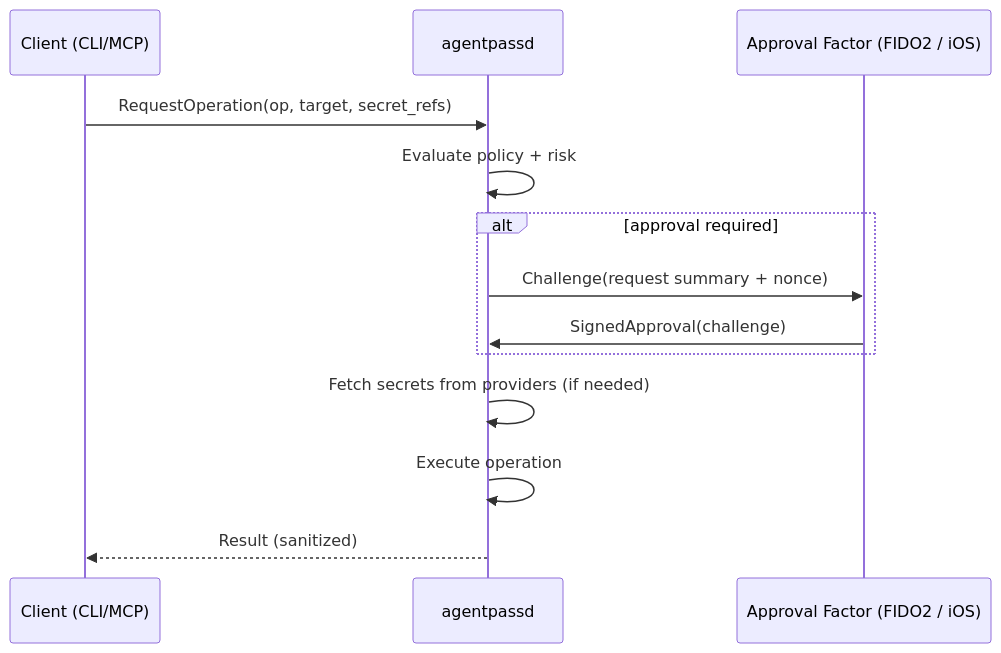
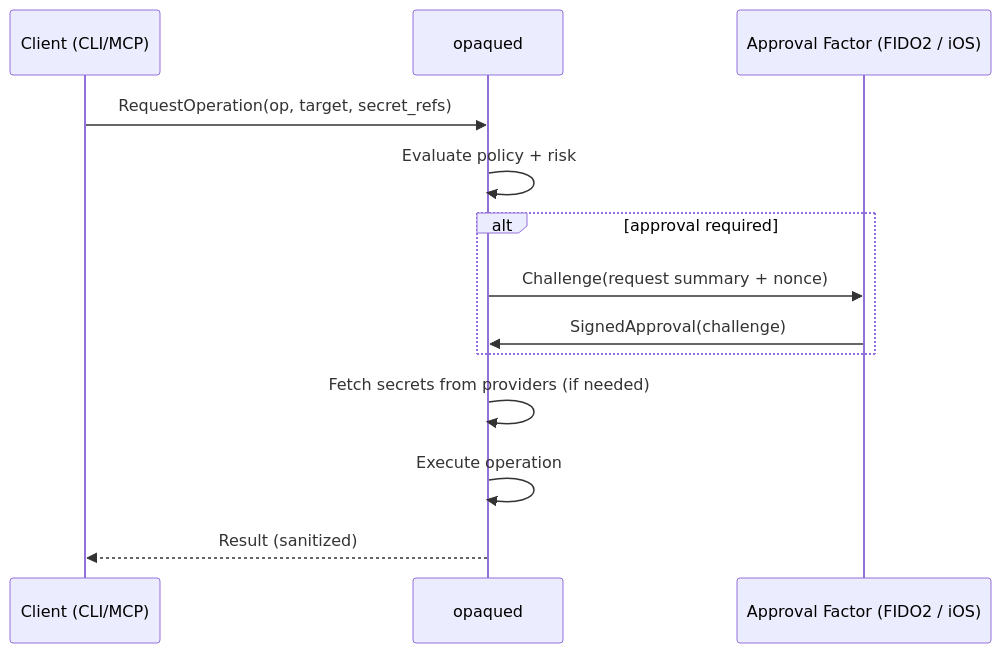
One commit to kcirtapfromspace/opaque changed the second of 2 diagrams in docs/architecture.md. Above: the diagram before and after it, drawn with Mermaid. The commit also changed other lines of this file and 28 other files, not shown here.

````diff
--- a/docs/architecture.md
+++ b/docs/architecture.md
@@ -196,16 +196,16 @@
 ```mermaid
 sequenceDiagram
   participant C as Client (CLI/MCP)
-  participant D as agentpassd
+  participant D as opaqued
   participant A as Approval Factor (FIDO2 / iOS)
 
   C->>D: RequestOperation(op, target, secret_refs)
   D->>D: Evaluate policy + risk
   alt approval required
     D->>A: Challenge(request summary + nonce)
     A->>D: SignedApproval(challenge)
   end
   D->>D: Fetch secrets from providers (if needed)
   D->>D: Execute operation
   D-->>C: Result (sanitized)
 ```
````
